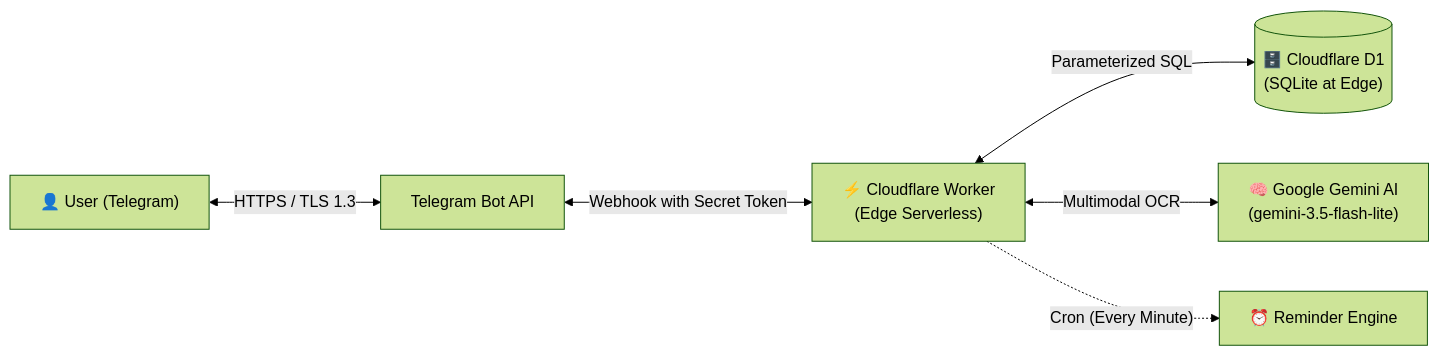
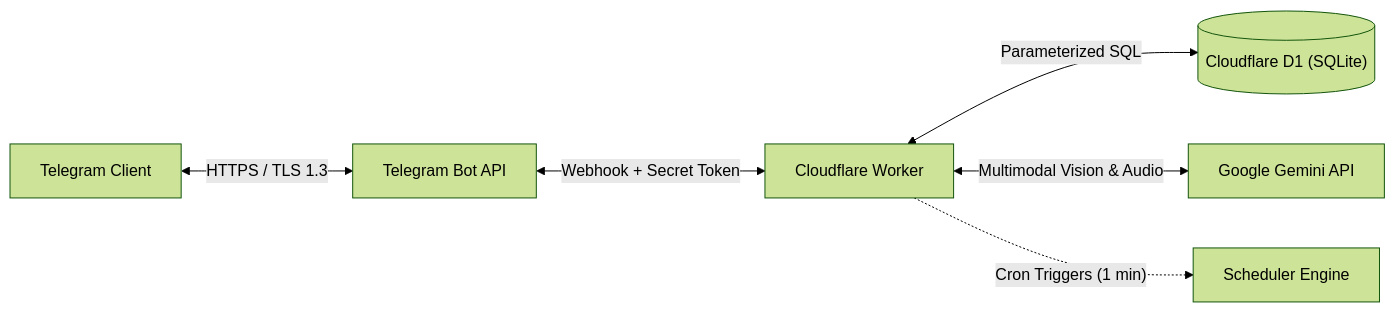
Before and after one commit to Sopheaktraleng/assistant-bot: the diagram in README.md, drawn with Mermaid (forest theme). The commit also changed other lines of this file, not shown here.

````diff
--- a/README.md
+++ b/README.md
@@ -116,8 +29,8 @@
 ```mermaid
 flowchart LR
-    User["👤 User (Telegram)"] <-->|"HTTPS / TLS 1.3"| TG["Telegram Bot API"]
-    TG <-->|"Webhook with Secret Token"| CF["⚡ Cloudflare Worker<br/>(Edge Serverless)"]
-    CF <-->|"Parameterized SQL"| D1[("🗄️ Cloudflare D1<br/>(SQLite at Edge)")]
-    CF <-->|"Multimodal OCR"| Gemini["🧠 Google Gemini AI<br/>(gemini-3.5-flash-lite)"]
-    CF -.->|"Cron (Every Minute)"| Alarms["⏰ Reminder Engine"]
+    User["Telegram Client"] <-->|"HTTPS / TLS 1.3"| TG["Telegram Bot API"]
+    TG <-->|"Webhook + Secret Token"| CF["Cloudflare Worker"]
+    CF <-->|"Parameterized SQL"| D1[("Cloudflare D1 (SQLite)")]
+    CF <-->|"Multimodal Vision & Audio"| Gemini["Google Gemini API"]
+    CF -.->|"Cron Triggers (1 min)"| Alarms["Scheduler Engine"]
 ```
````
